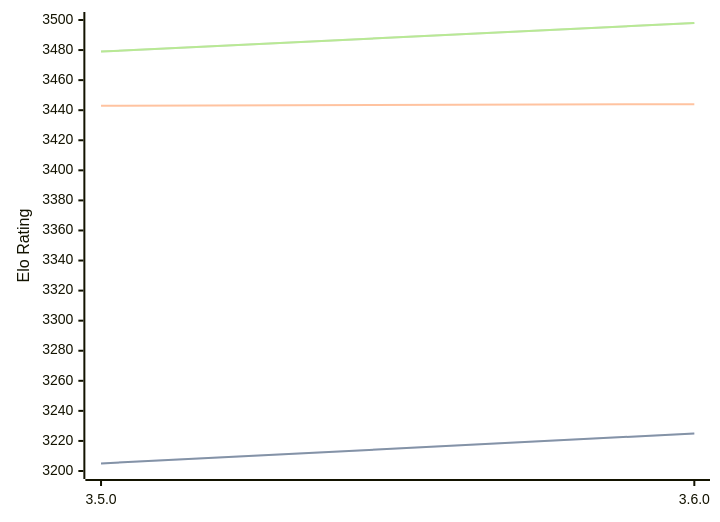
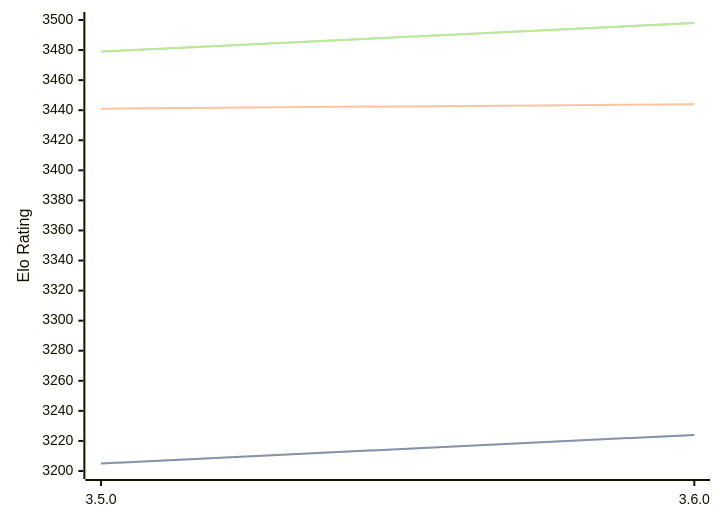
Before and after one commit to computer-chess-index/cci: the diagram in engines/Igel.md, drawn with Mermaid. The commit also changed other lines of this file, not shown here.

Commit message:
Update CCI Ratings (ELO VLTC) - 2026-03-09

````diff
--- a/engines/Igel.md
+++ b/engines/Igel.md
@@ -66,11 +66,11 @@
 ```mermaid
 %%{init: {"theme":"base","themeVariables":{"seriesColors:['#a3a3a3','#222221','#faa371']}}}%%
 xychart-beta
   x-axis ["3.5.0", "3.6.0"]
   y-axis "Elo Rating" 3200 --> 3500
-  line "STC (8.0+0.08s)" [3205, 3225]
-  line "STC (8.0+0.08s)" [3205, 3225]
-  line "LTC (60.0+0.60s)" [3443, 3444]
+  line "STC (8.0+0.08s)" [3205, 3224]
+  line "STC (8.0+0.08s)" [3205, 3224]
+  line "LTC (60.0+0.60s)" [3441, 3444]
   line "VLTC (2m24s+1.12s)" [3479, 3498]
   line "VLTC (2m24s+1.12s)" [3479, 3498]
 ```
````
